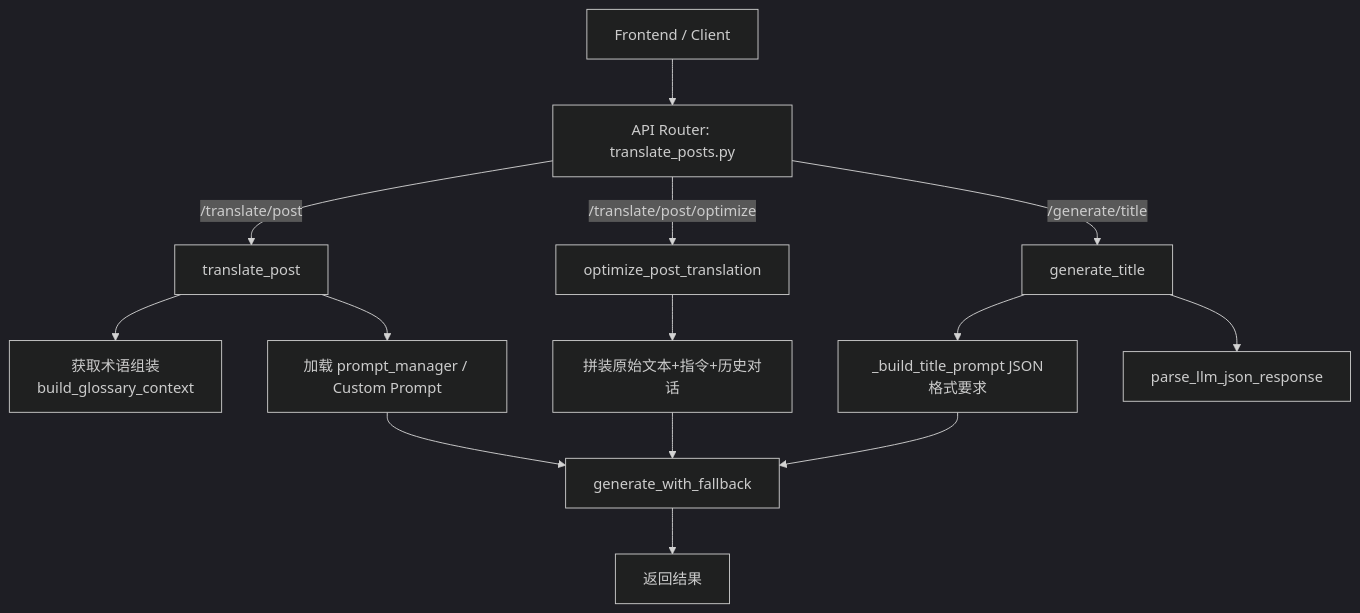
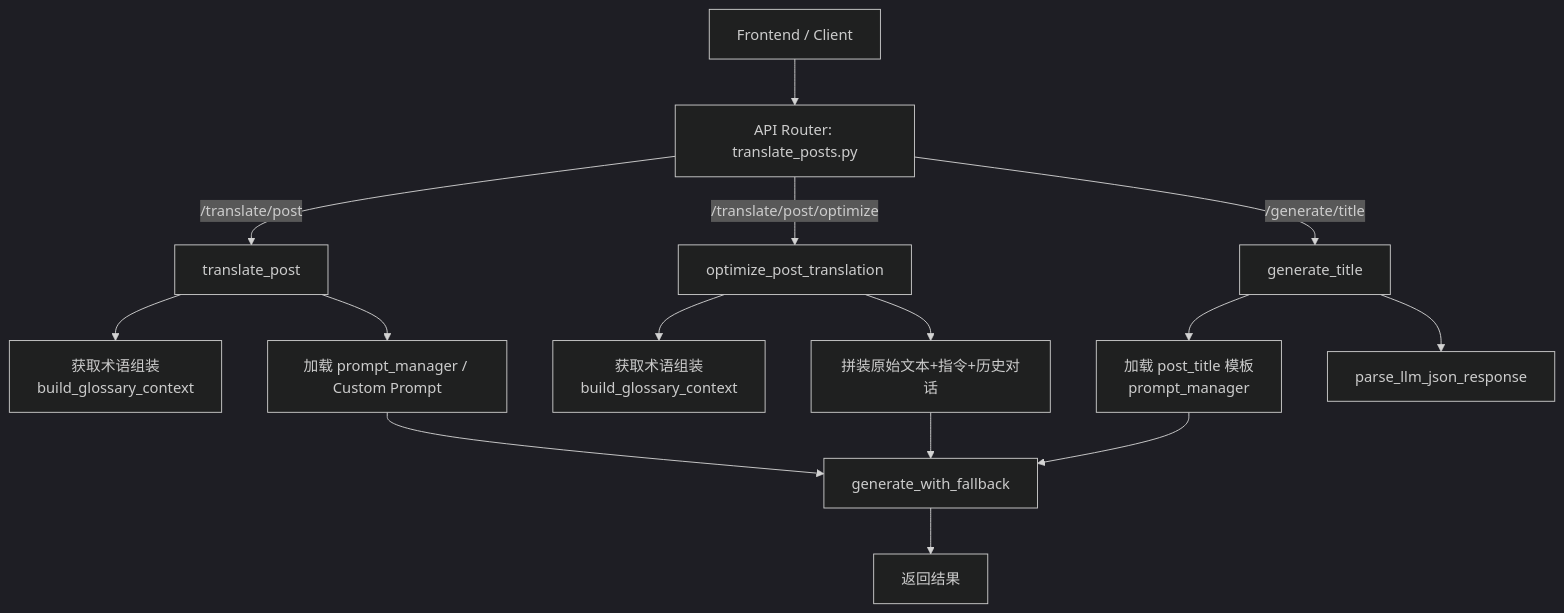
The diagram in docs/帖子翻译链路.md (zzxxww01/translation-web), drawn with Mermaid (dark theme) before and after one commit. The commit also changed other lines of this file and 9 other files, not shown here.

````diff
--- a/docs/帖子翻译链路.md
+++ b/docs/帖子翻译链路.md
@@ -22,22 +22,23 @@
 ```mermaid
 flowchart TD
     A[Frontend / Client] --> B[API Router: translate_posts.py]
 
     B -->|/translate/post| C1[translate_post]
     B -->|/translate/post/optimize| C2[optimize_post_translation]
     B -->|/generate/title| C3[generate_title]
 
     C1 --> D1[获取术语组装 \n build_glossary_context]
     C1 --> D2[加载 prompt_manager / Custom Prompt]
-    
+
+    C2 --> E0[获取术语组装 \n build_glossary_context]
     C2 --> E1[拼装原始文本+指令+历史对话]
-    
-    C3 --> F1[_build_title_prompt JSON格式要求]
+
+    C3 --> F1[加载 post_title 模板 \n prompt_manager]
     C3 --> F2[parse_llm_json_response]
 
     D2 --> G[generate_with_fallback]
     E1 --> G
     F1 --> G
 
     G --> H[返回结果]
 ```
````
